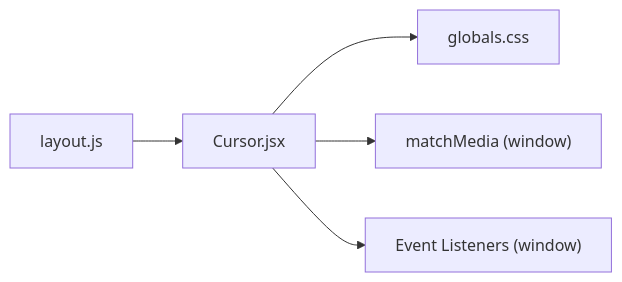
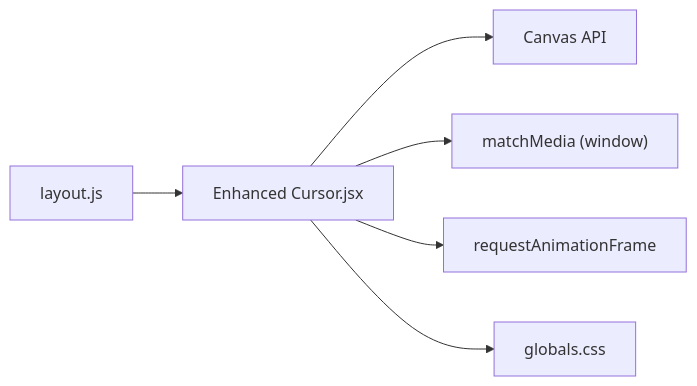
The fifth of 5 diagrams in .qoder/repowiki/en/content/Core Components/Custom Cursor Component.md (emaanfatima312005-wq/emaan-portfolio), drawn with Mermaid before and after one commit. The commit also changed other lines of this file and 59 other files, not shown here.

````diff
--- a/.qoder/repowiki/en/content/Core Components/Custom Cursor Component.md
+++ b/.qoder/repowiki/en/content/Core Components/Custom Cursor Component.md
@@ -221,7 +198,8 @@
 ```mermaid
 graph LR
-L["layout.js"] --> C["Cursor.jsx"]
+L["layout.js"] --> C["Enhanced Cursor.jsx"]
+C --> K["Canvas API"]
+C --> M["matchMedia (window)"]
+C --> A["requestAnimationFrame"]
 C --> S["globals.css"]
-C --> M["matchMedia (window)"]
-C --> E["Event Listeners (window)"]
 ```
````
